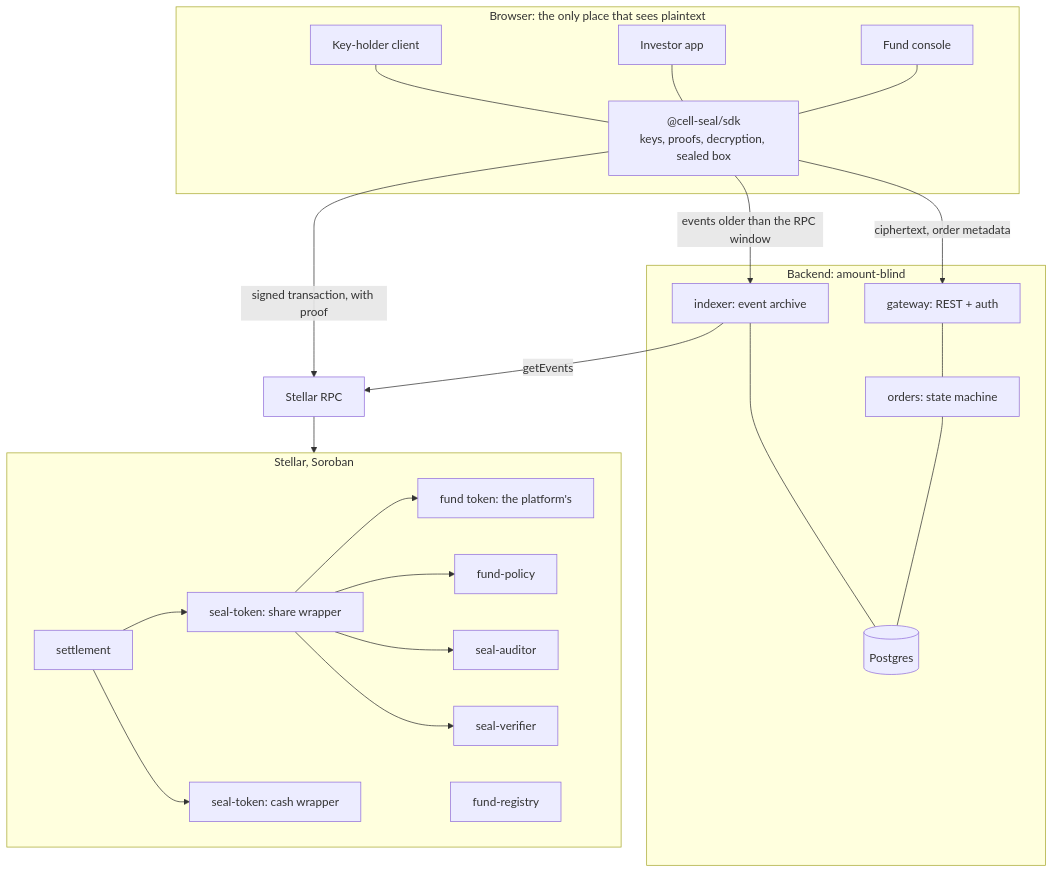
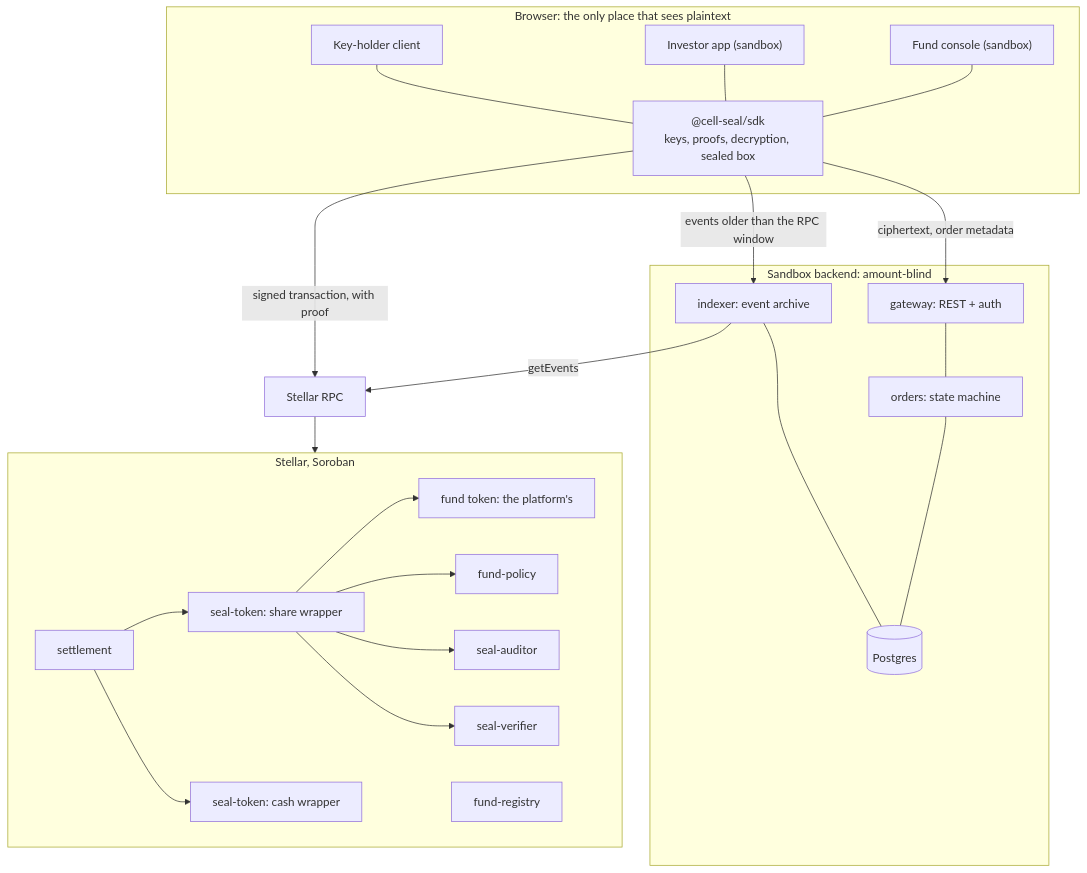
One commit to SentinelLab-VN/Cell-Seal-TDD changed the first of 2 diagrams in docs/architecture.md. Above: the diagram before and after it, drawn with Mermaid. The commit also changed other lines of this file and 16 other files, not shown here.

````diff
--- a/docs/architecture.md
+++ b/docs/architecture.md
@@ -26,42 +25,42 @@
 ```mermaid
 flowchart TB
     subgraph Client["Browser: the only place that sees plaintext"]
-        FC["Fund console"]
-        IA["Investor app"]
+        FC["Fund console (sandbox)"]
+        IA["Investor app (sandbox)"]
         KH["Key-holder client"]
         SDK["@cell-seal/sdk<br/>keys, proofs, decryption, sealed box"]
         FC --- SDK
         IA --- SDK
         KH --- SDK
     end
-    subgraph Backend["Backend: amount-blind"]
+    subgraph Backend["Sandbox backend: amount-blind"]
         GW["gateway: REST + auth"]
         ORD["orders: state machine"]
         IDX["indexer: event archive"]
         DB[("Postgres")]
         GW --- ORD
         ORD --- DB
         IDX --- DB
     end
     subgraph Chain["Stellar, Soroban"]
         ST["fund token: the platform's"]
         SW["seal-token: share wrapper"]
         CW["seal-token: cash wrapper"]
         SET["settlement"]
         POL["fund-policy"]
         AUD["seal-auditor"]
         VER["seal-verifier"]
         REG["fund-registry"]
         SET --> SW
         SET --> CW
         SW --> POL
         SW --> AUD
         SW --> VER
         SW --> ST
     end
     SDK -- "signed transaction, with proof" --> RPC["Stellar RPC"]
     RPC --> Chain
     SDK -- "ciphertext, order metadata" --> GW
     IDX -- "getEvents" --> RPC
     SDK -- "events older than the RPC window" --> IDX
 ```
````
